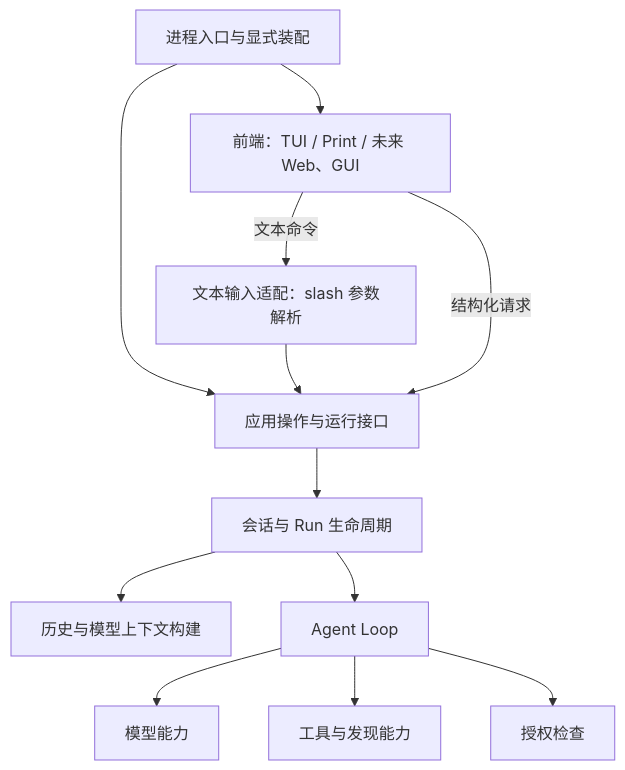
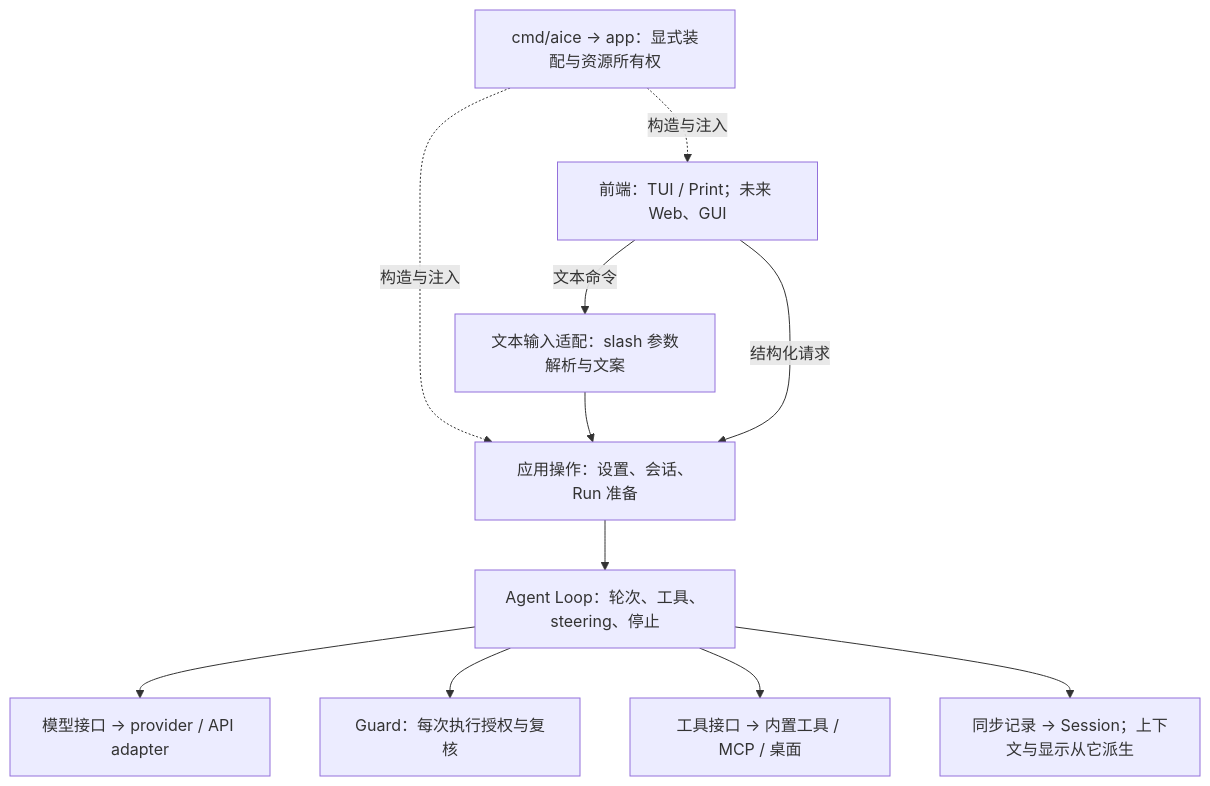
One commit to ch1lam/aice-cli changed the diagram in docs/plans/AICE_Architecture_Refactoring_Draft.md. Above: the diagram before and after it, drawn with Mermaid. The commit also changed other lines of this file and 1 other file, not shown here.

````diff
--- a/docs/plans/AICE_Architecture_Refactoring_Draft.md
+++ b/docs/plans/AICE_Architecture_Refactoring_Draft.md
@@ -52,24 +23,22 @@
 ```mermaid
 flowchart TB
-    entry["进程入口与显式装配"]
-    ui["前端：TUI / Print / 未来 Web、GUI"]
-    input["文本输入适配：slash 参数解析"]
-    operations["应用操作与运行接口"]
-    lifecycle["会话与 Run 生命周期"]
-    context["历史与模型上下文构建"]
-    loop["Agent Loop"]
-    model["模型能力"]
-    tools["工具与发现能力"]
-    policy["授权检查"]
-    entry --> ui
-    entry --> operations
-    ui -->|文本命令| input
-    input --> operations
-    ui -->|结构化请求| operations
-    operations --> lifecycle
-    lifecycle --> context
-    lifecycle --> loop
+    entry["cmd/aice → app：显式装配与资源所有权"]
+    front["前端：TUI / Print；未来 Web、GUI"]
+    text["文本输入适配：slash 参数解析与文案"]
+    ops["应用操作：设置、会话、Run 准备"]
+    loop["Agent Loop：轮次、工具、steering、停止"]
+    model["模型接口 → provider / API adapter"]
+    guard["Guard：每次执行授权与复核"]
+    tools["工具接口 → 内置工具 / MCP / 桌面"]
+    history["同步记录 → Session；上下文与显示从它派生"]
+    entry -.构造与注入.-> front
+    entry -.构造与注入.-> ops
+    front -->|文本命令| text
+    text --> ops
+    front -->|结构化请求| ops
+    ops --> loop
     loop --> model
+    loop --> guard
     loop --> tools
-    loop --> policy
+    loop --> history
 ```
````
